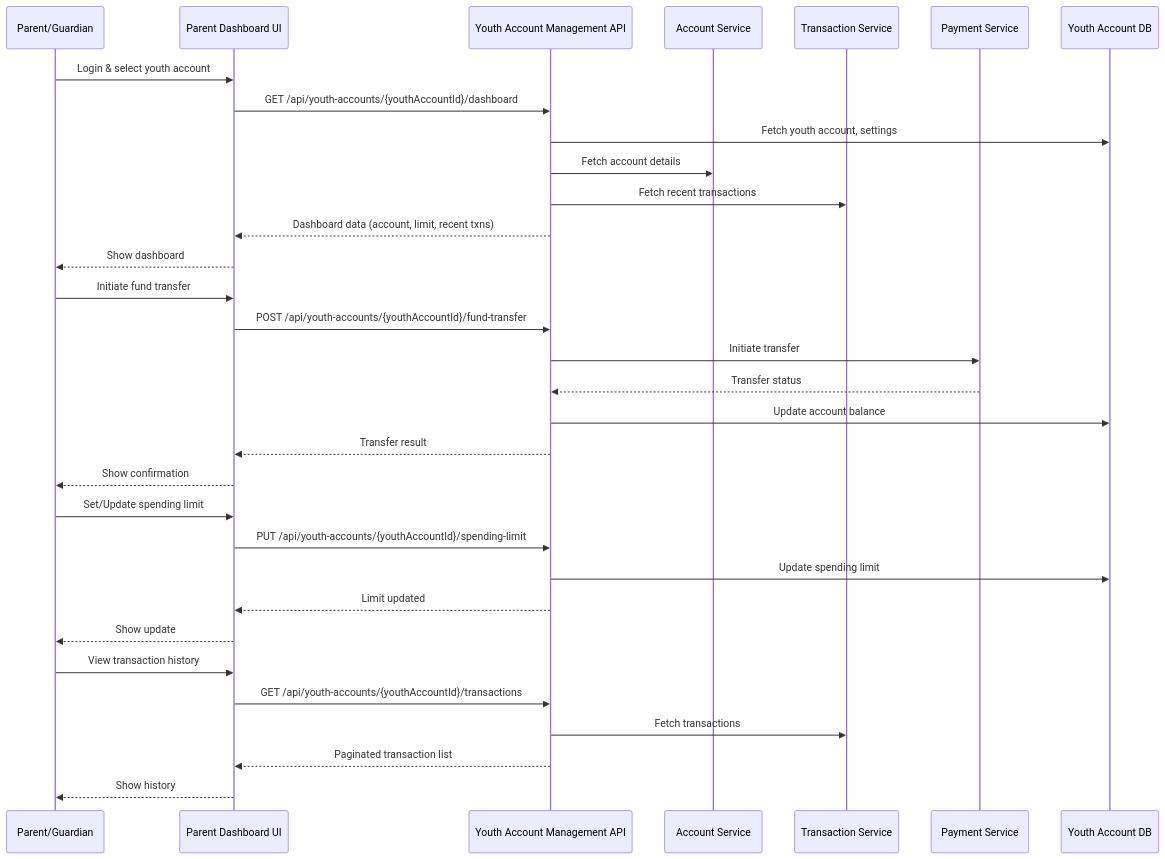
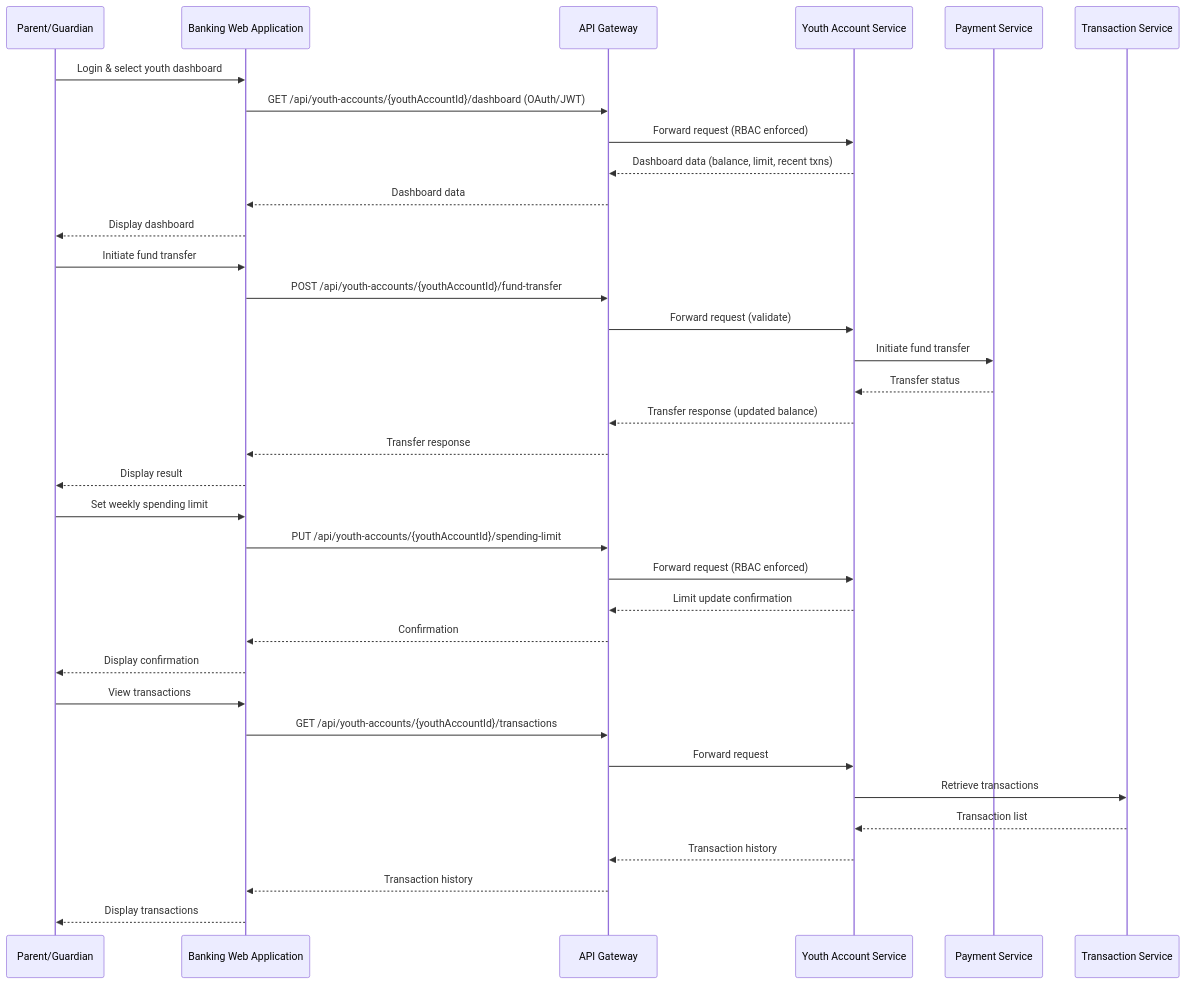
One commit to Ascend-Krithi/SCIB-Inception changed the diagram in Components and Sequence Diagrams/sequence_diagram.mmd. Above: the diagram before and after it, drawn with Mermaid. The commit also changed 1 other file, not shown here.

```diff
--- a/Components and Sequence Diagrams/sequence_diagram.mmd
+++ b/Components and Sequence Diagrams/sequence_diagram.mmd
@@ -1,41 +1,44 @@
 %% Sequence Diagram for Youth Account Management (Mermaid)
 sequenceDiagram
     participant Parent as Parent/Guardian
-    participant UI as Parent Dashboard UI
-    participant API as Youth Account Management API
-    participant AccountService as Account Service
-    participant TransactionService as Transaction Service
-    participant PaymentService as Payment Service
-    participant DB as Youth Account DB
-    
-    %% Dashboard View
-    Parent->>UI: Login & select youth account
-    UI->>API: GET /api/youth-accounts/{youthAccountId}/dashboard
-    API->>DB: Fetch youth account, settings
-    API->>AccountService: Fetch account details
-    API->>TransactionService: Fetch recent transactions
-    API-->>UI: Dashboard data (account, limit, recent txns)
-    UI-->>Parent: Show dashboard
-    
+    participant WebApp as Banking Web Application
+    participant APIGW as API Gateway
+    participant YAS as Youth Account Service
+    participant PaySvc as Payment Service
+    participant TxnSvc as Transaction Service
+
+    %% Dashboard Retrieval
+    Parent->>WebApp: Login & select youth dashboard
+    WebApp->>APIGW: GET /api/youth-accounts/{youthAccountId}/dashboard (OAuth/JWT)
+    APIGW->>YAS: Forward request (RBAC enforced)
+    YAS-->>APIGW: Dashboard data (balance, limit, recent txns)
+    APIGW-->>WebApp: Dashboard data
+    WebApp-->>Parent: Display dashboard
+
     %% Fund Transfer
-    Parent->>UI: Initiate fund transfer
-    UI->>API: POST /api/youth-accounts/{youthAccountId}/fund-transfer
-    API->>PaymentService: Initiate transfer
-    PaymentService-->>API: Transfer status
-    API->>DB: Update account balance
-    API-->>UI: Transfer result
-    UI-->>Parent: Show confirmation
-    
-    %% Spending Limit Configuration
-    Parent->>UI: Set/Update spending limit
-    UI->>API: PUT /api/youth-accounts/{youthAccountId}/spending-limit
-    API->>DB: Update spending limit
-    API-->>UI: Limit updated
-    UI-->>Parent: Show update
-    
+    Parent->>WebApp: Initiate fund transfer
+    WebApp->>APIGW: POST /api/youth-accounts/{youthAccountId}/fund-transfer
+    APIGW->>YAS: Forward request (validate)
+    YAS->>PaySvc: Initiate fund transfer
+    PaySvc-->>YAS: Transfer status
+    YAS-->>APIGW: Transfer response (updated balance)
+    APIGW-->>WebApp: Transfer response
+    WebApp-->>Parent: Display result
+
+    %% Set Spending Limit
+    Parent->>WebApp: Set weekly spending limit
+    WebApp->>APIGW: PUT /api/youth-accounts/{youthAccountId}/spending-limit
+    APIGW->>YAS: Forward request (RBAC enforced)
+    YAS-->>APIGW: Limit update confirmation
+    APIGW-->>WebApp: Confirmation
+    WebApp-->>Parent: Display confirmation
+
     %% Transaction History
-    Parent->>UI: View transaction history
-    UI->>API: GET /api/youth-accounts/{youthAccountId}/transactions
-    API->>TransactionService: Fetch transactions
-    API-->>UI: Paginated transaction list
-    UI-->>Parent: Show history
+    Parent->>WebApp: View transactions
+    WebApp->>APIGW: GET /api/youth-accounts/{youthAccountId}/transactions
+    APIGW->>YAS: Forward request
+    YAS->>TxnSvc: Retrieve transactions
+    TxnSvc-->>YAS: Transaction list
+    YAS-->>APIGW: Transaction history
+    APIGW-->>WebApp: Transaction history
+    WebApp-->>Parent: Display transactions
```
